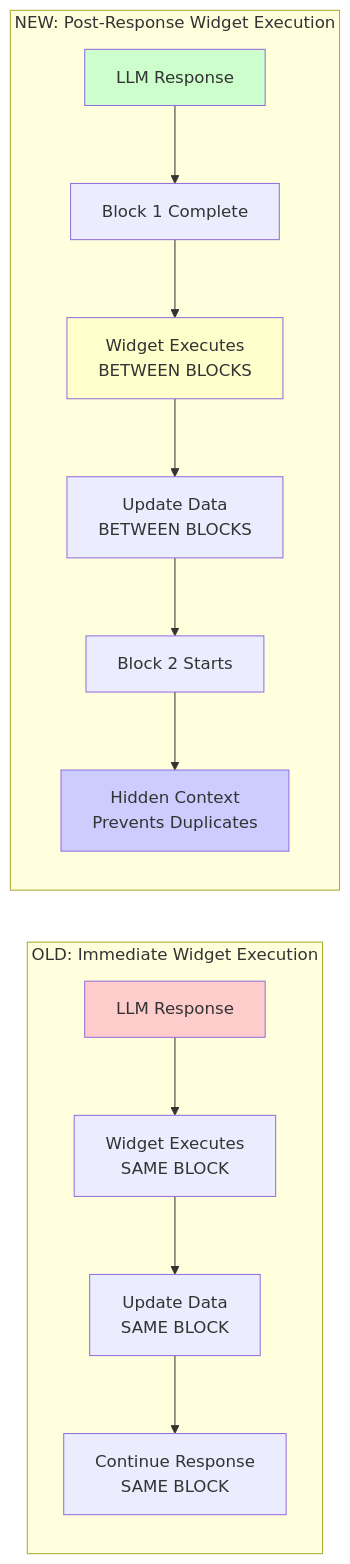
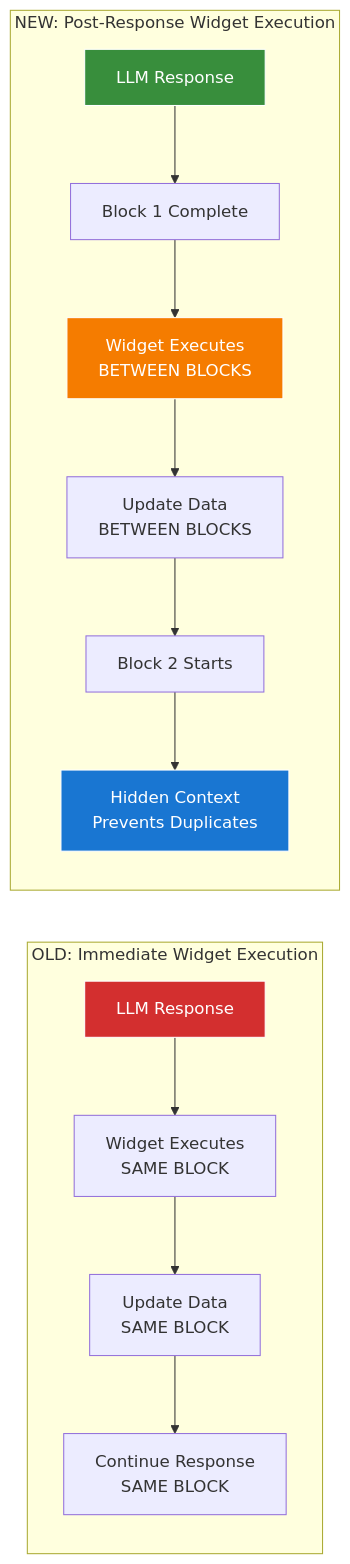
Before and after one commit to PoyrazTahan/onboarding_assistant: the tenth of 12 diagrams in IMPLEMENTATION_FLOW.md, drawn with Mermaid. The commit also changed other lines of this file, not shown here.

Commit message:
mermaid flows updated

````diff
--- a/IMPLEMENTATION_FLOW.md
+++ b/IMPLEMENTATION_FLOW.md
@@ -243,21 +389,21 @@
 ```mermaid
 graph LR
     subgraph "OLD: Immediate Widget Execution"
         OLD_LLM[LLM Response] --> OLD_WIDGET[Widget Executes<br/>SAME BLOCK]
         OLD_WIDGET --> OLD_UPDATE[Update Data<br/>SAME BLOCK]
         OLD_UPDATE --> OLD_CONTINUE[Continue Response<br/>SAME BLOCK]
     end
 
     subgraph "NEW: Post-Response Widget Execution"
         NEW_LLM[LLM Response] --> NEW_BLOCK_END[Block 1 Complete]
         NEW_BLOCK_END --> NEW_WIDGET[Widget Executes<br/>BETWEEN BLOCKS]
         NEW_WIDGET --> NEW_UPDATE[Update Data<br/>BETWEEN BLOCKS]
         NEW_UPDATE --> NEW_BLOCK_START[Block 2 Starts]
         NEW_BLOCK_START --> NEW_HIDDEN[Hidden Context<br/>Prevents Duplicates]
     end
 
-    style OLD_LLM fill:#ffcccc
-    style NEW_LLM fill:#ccffcc
-    style NEW_WIDGET fill:#ffffcc
-    style NEW_HIDDEN fill:#ccccff
+    style OLD_LLM fill:#d32f2f,stroke:#ffffff,color:#ffffff
+    style NEW_LLM fill:#388e3c,stroke:#ffffff,color:#ffffff
+    style NEW_WIDGET fill:#f57c00,stroke:#ffffff,color:#ffffff
+    style NEW_HIDDEN fill:#1976d2,stroke:#ffffff,color:#ffffff
 ```
````
